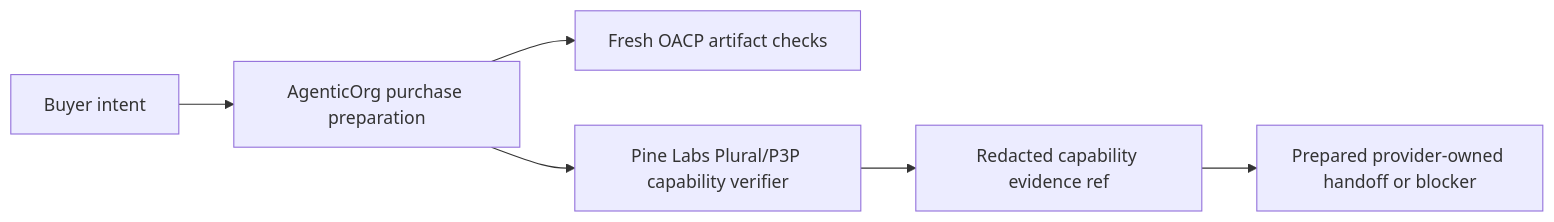
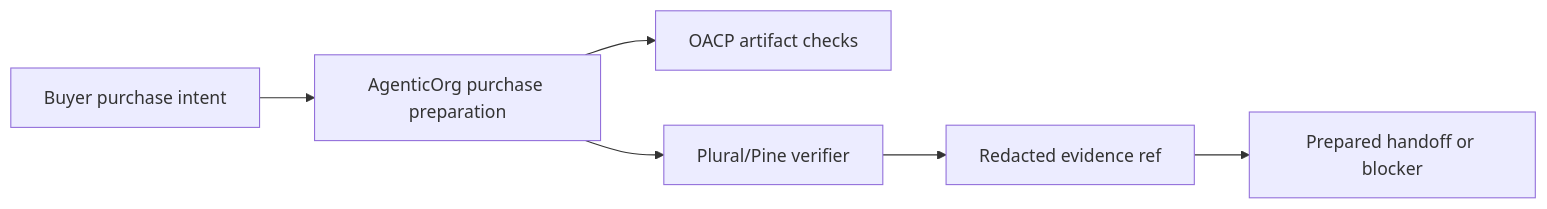
One commit to mishrasanjeev/agentic-org changed the diagram in docs/blog/how-plural-pine-mandate-capability-fits.md. Above: the diagram before and after it, drawn with Mermaid. The commit also changed other lines of this file and 36 other files, not shown here.

````diff
--- a/docs/blog/how-plural-pine-mandate-capability-fits.md
+++ b/docs/blog/how-plural-pine-mandate-capability-fits.md
@@ -3,8 +13,8 @@
 ```mermaid
 flowchart LR
-  buyer[Buyer intent] --> agentic[AgenticOrg purchase preparation]
-  agentic --> oacp[Fresh OACP artifact checks]
-  agentic --> pine[Pine Labs Plural/P3P capability verifier]
-  pine --> evidence[Redacted capability evidence ref]
-  evidence --> handoff[Prepared provider-owned handoff or blocker]
+  buyer[Buyer purchase intent] --> prep[AgenticOrg purchase preparation]
+  prep --> cache[OACP artifact checks]
+  prep --> pine[Plural/Pine verifier]
+  pine --> evidence[Redacted evidence ref]
+  evidence --> result[Prepared handoff or blocker]
 ```
````
